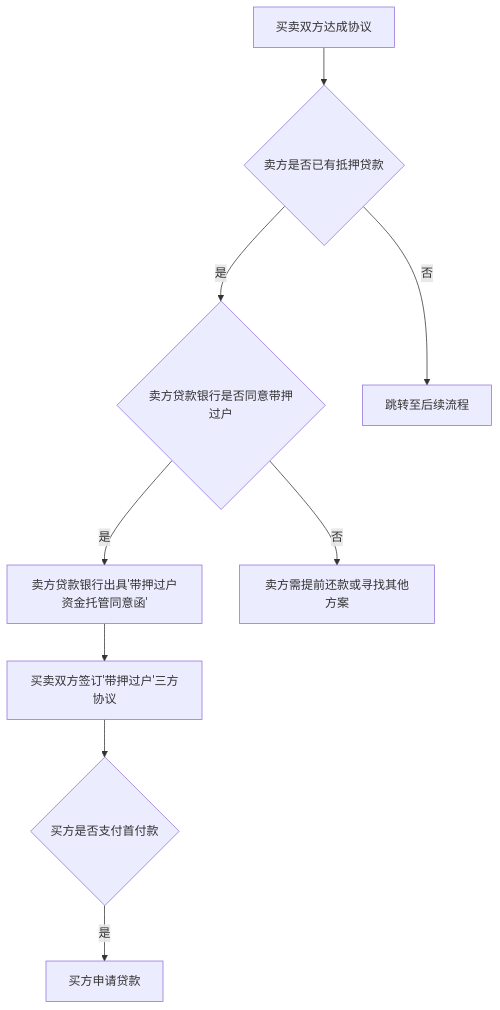
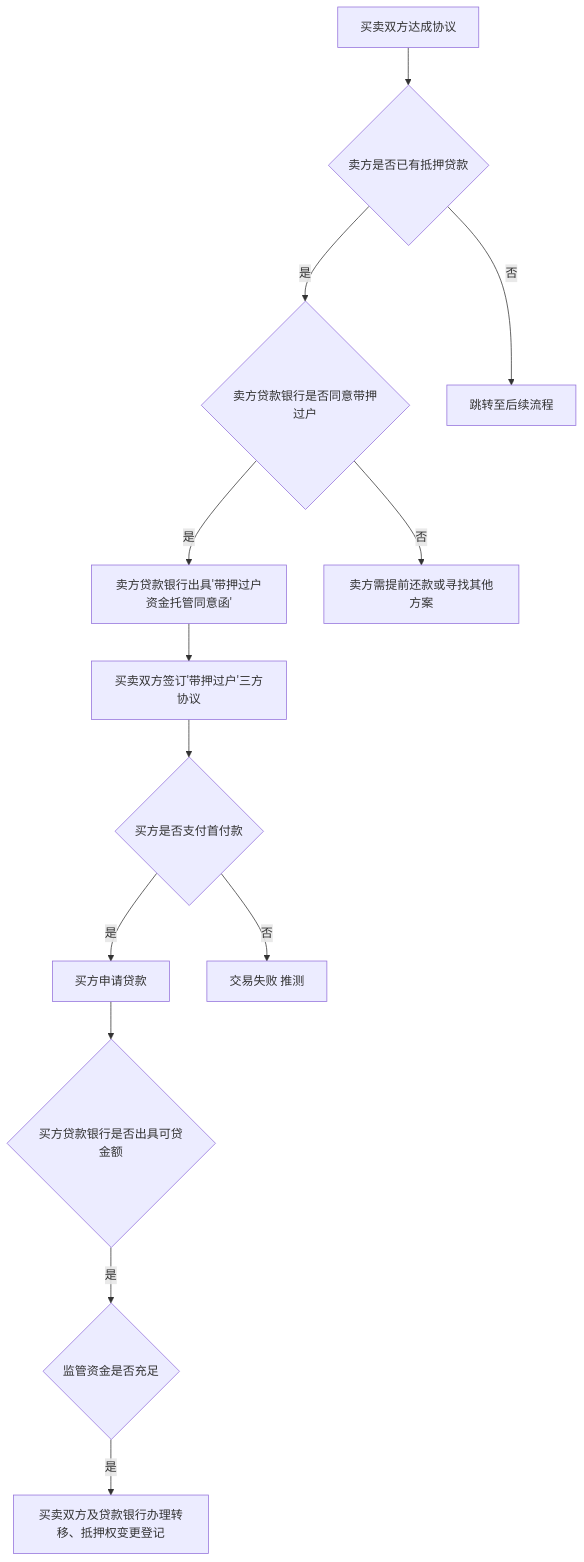
Before and after one commit to ZuhuiMa/iodraw-files: the diagram in all/未命名.md, drawn with Mermaid.

Commit message:
2025-01-21 17:13:43 update

````diff
--- a/all/未命名.md
+++ b/all/未命名.md
@@ -1,12 +1,16 @@
 ```mermaid
  graph TD
     A[买卖双方达成协议] --> B{卖方是否已有抵押贷款}
     B -- 是 --> C{卖方贷款银行是否同意带押过户}
     C -- 是 --> D[卖方贷款银行出具'带押过户资金托管同意函']
     C -- 否 --> E[卖方需提前还款或寻找其他方案]
     B -- 否 --> F[跳转至后续流程]
     D --> G[买卖双方签订'带押过户'三方协议]
     G --> H{买方是否支付首付款}
     H -- 是 --> I[买方申请贷款]
+    H -- 否 --> J[交易失败 推测 ]
+    I --> K{买方贷款银行是否出具可贷金额}
+    K -- 是 --> L{监管资金是否充足}
+    L -- 是 --> M[买卖双方及贷款银行办理转移、抵押权变更登记]
 
 ```
````
